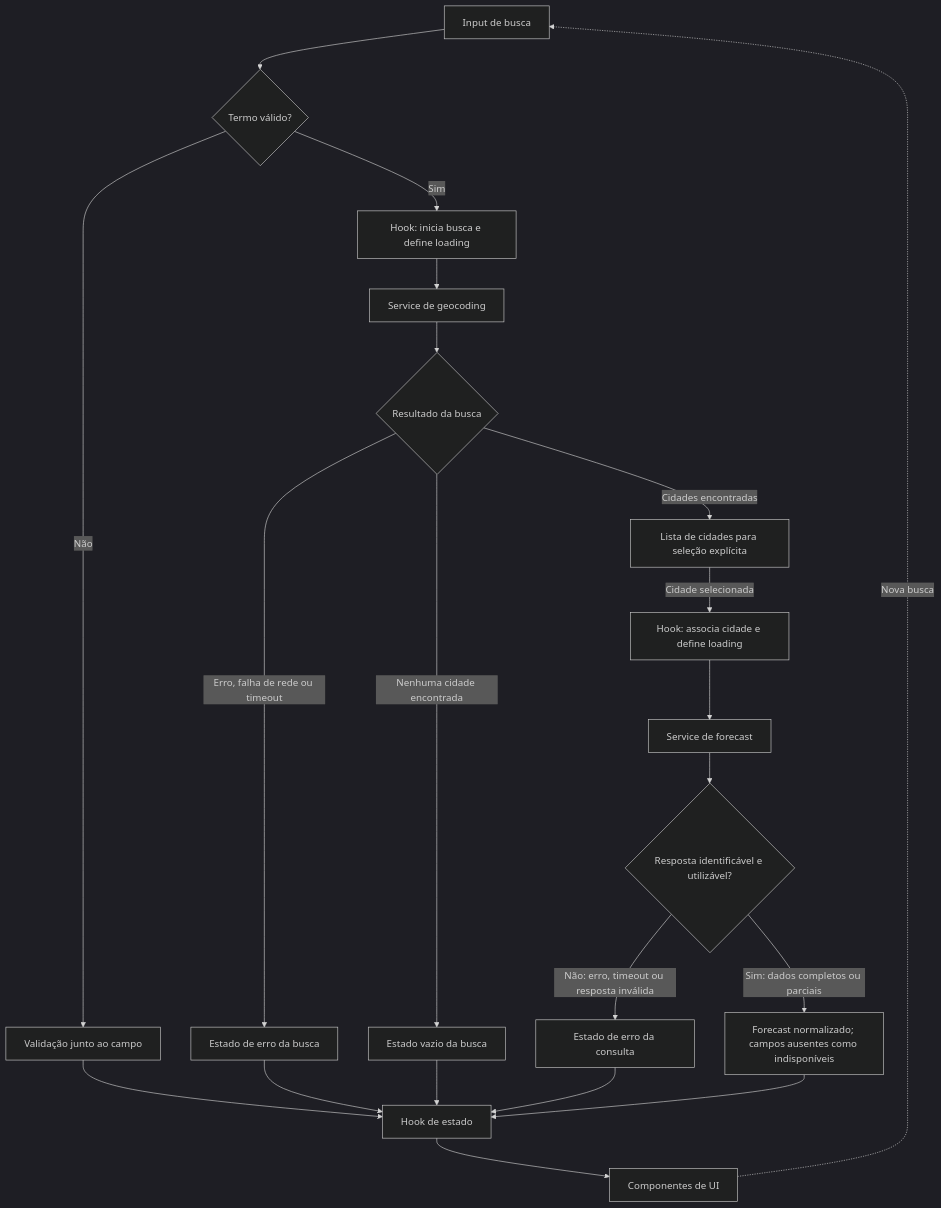
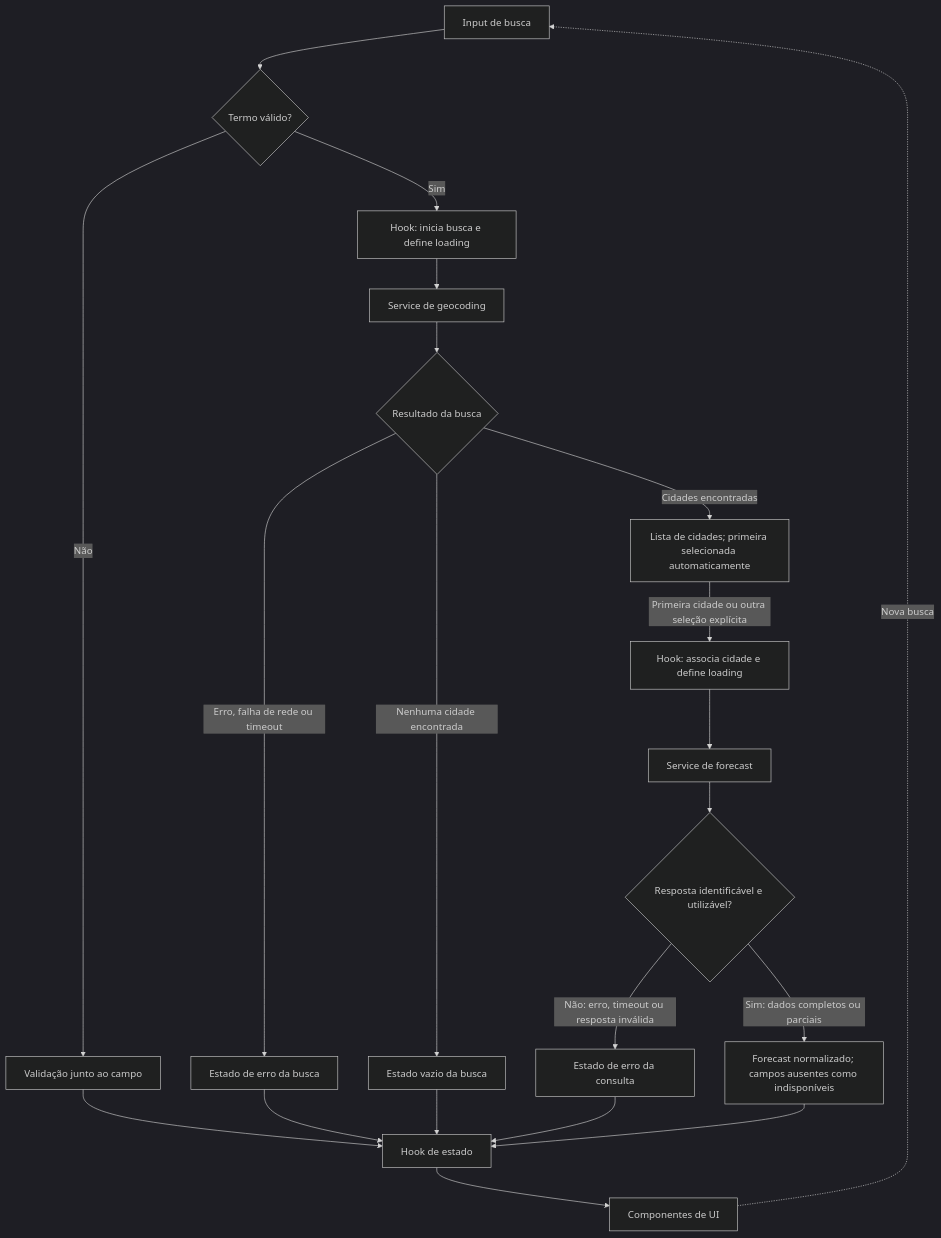
One commit to treinamentos-serpro/sdd-weather-app-daniel-amaral changed the diagram in plans/weather-app-plan.md. Above: the diagram before and after it, drawn with Mermaid (dark theme). The commit also changed other lines of this file and 35 other files, not shown here.

````diff
--- a/plans/weather-app-plan.md
+++ b/plans/weather-app-plan.md
@@ -131,23 +134,23 @@
 ```mermaid
 flowchart TD
     A[Input de busca] --> B{Termo válido?}
     B -->|Não| C[Validação junto ao campo]
     B -->|Sim| D[Hook: inicia busca e define loading]
     D --> E[Service de geocoding]
     E --> F{Resultado da busca}
     F -->|Erro, falha de rede ou timeout| G[Estado de erro da busca]
     F -->|Nenhuma cidade encontrada| H[Estado vazio da busca]
-    F -->|Cidades encontradas| I[Lista de cidades para seleção explícita]
-    I -->|Cidade selecionada| J[Hook: associa cidade e define loading]
+    F -->|Cidades encontradas| I[Lista de cidades; primeira selecionada automaticamente]
+    I -->|Primeira cidade ou outra seleção explícita| J[Hook: associa cidade e define loading]
     J --> K[Service de forecast]
     K --> L{Resposta identificável e utilizável?}
     L -->|Não: erro, timeout ou resposta inválida| M[Estado de erro da consulta]
     L -->|Sim: dados completos ou parciais| N[Forecast normalizado; campos ausentes como indisponíveis]
     C --> O[Hook de estado]
     G --> O
     H --> O
     M --> O
     N --> O
     O --> P[Componentes de UI]
     P -.->|Nova busca| A
 ```
````
